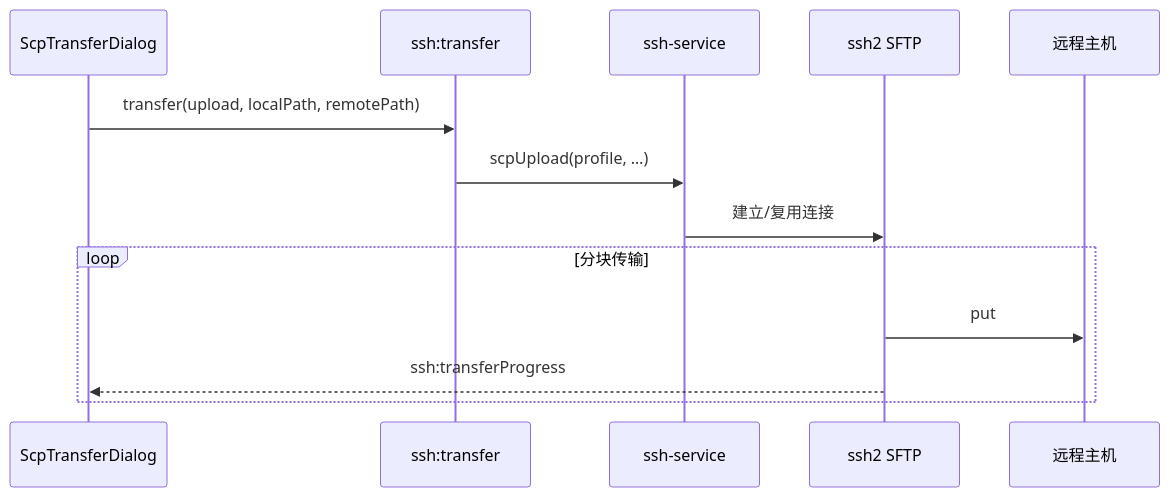
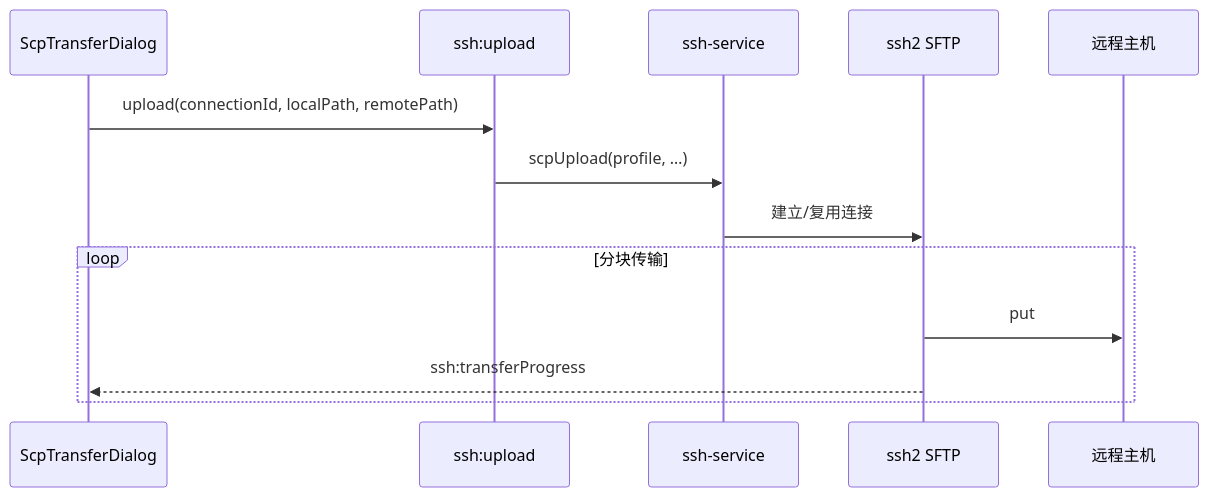
Before and after one commit to Landers1037/NioZy: the second of 3 diagrams in docs/功能SCP传输.md, drawn with Mermaid. The commit also changed other lines of this file, not shown here.

First line of the commit message:
docs(scp): document drag-and-drop upload and usage

````diff
--- a/docs/功能SCP传输.md
+++ b/docs/功能SCP传输.md
@@ -38,16 +56,16 @@
 ```mermaid
 sequenceDiagram
   participant UI as ScpTransferDialog
-  participant API as ssh:transfer
+  participant API as ssh:upload
   participant Svc as ssh-service
   participant SFTP as ssh2 SFTP
   participant Remote as 远程主机
 
-  UI->>API: transfer(upload, localPath, remotePath)
+  UI->>API: upload(connectionId, localPath, remotePath)
   API->>Svc: scpUpload(profile, …)
   Svc->>SFTP: 建立/复用连接
   loop 分块传输
     SFTP->>Remote: put
     SFTP-->>UI: ssh:transferProgress
   end
 ```
````
